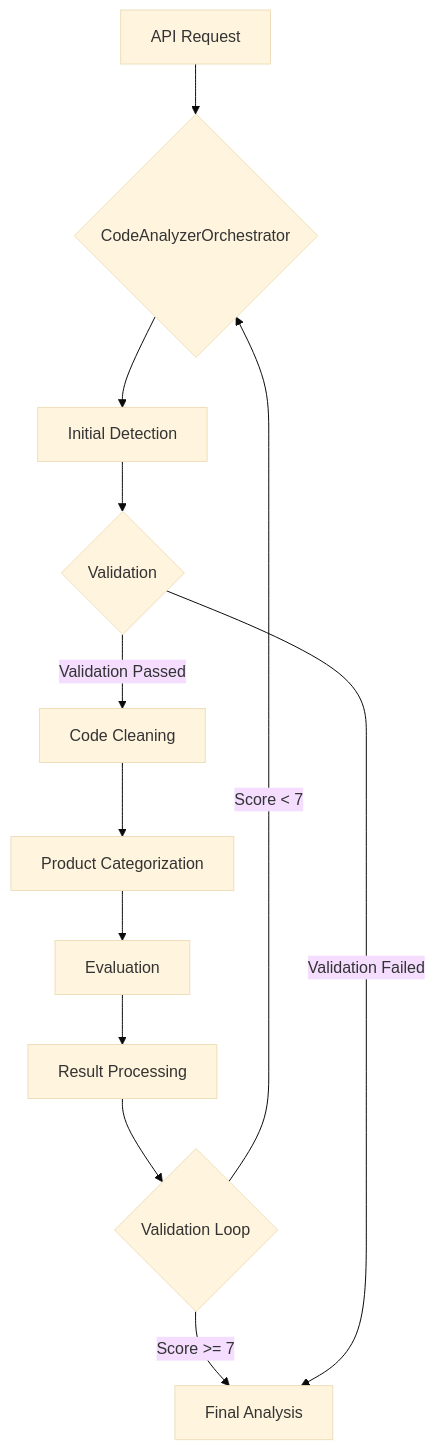
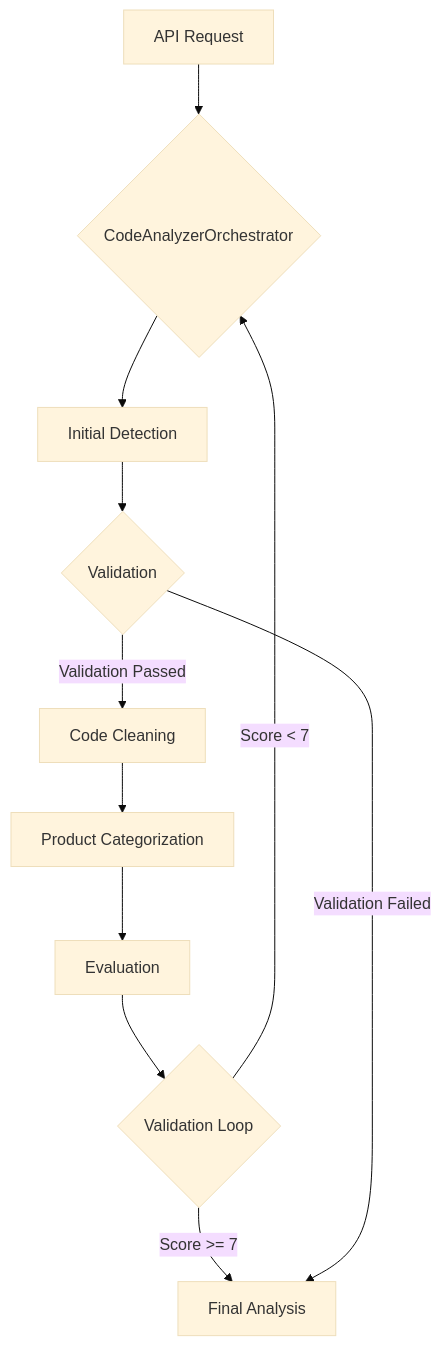
One commit to joeshirey/HealthScoringAgent changed the diagram in README.md. Above: the diagram before and after it, drawn with Mermaid (base theme). The commit also changed other lines of this file and 16 other files, not shown here.

````diff
--- a/README.md
+++ b/README.md
@@ -58,14 +62,13 @@
 ```mermaid
 graph TD
     A[API Request] --> B{CodeAnalyzerOrchestrator};
     B --> C[Initial Detection];
     C --> D{Validation};
     D -- Validation Passed --> E[Code Cleaning];
     E --> F[Product Categorization];
     F --> G[Evaluation];
-    G --> H[Result Processing];
-    H --> I{Validation Loop};
-    I -- Score < 7 --> B;
-    I -- Score >= 7 --> J[Final Analysis];
-    D -- Validation Failed --> J;
+    G --> H{Validation Loop};
+    H -- Score < 7 --> B;
+    H -- Score >= 7 --> I[Final Analysis];
+    D -- Validation Failed --> I;
 ```
````
